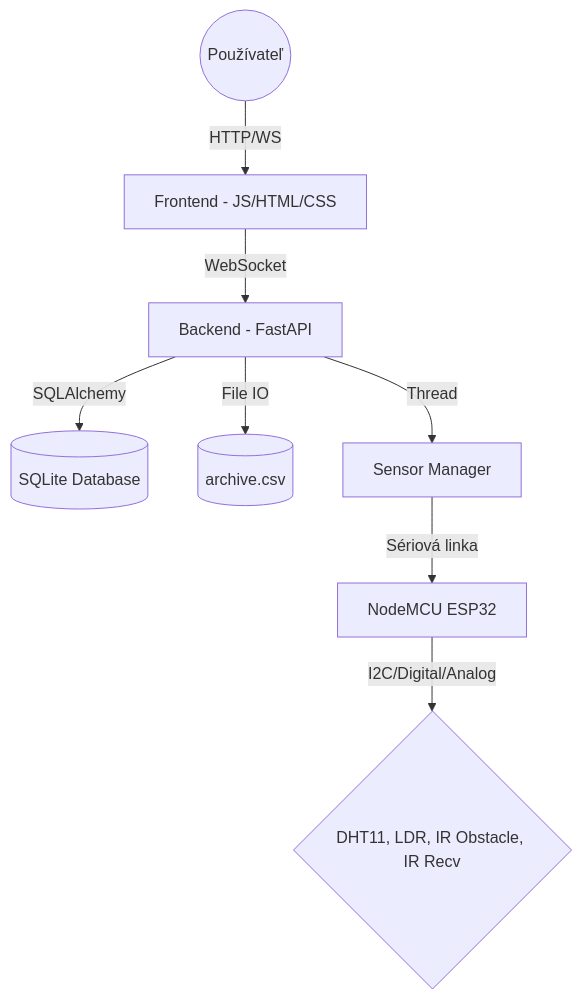
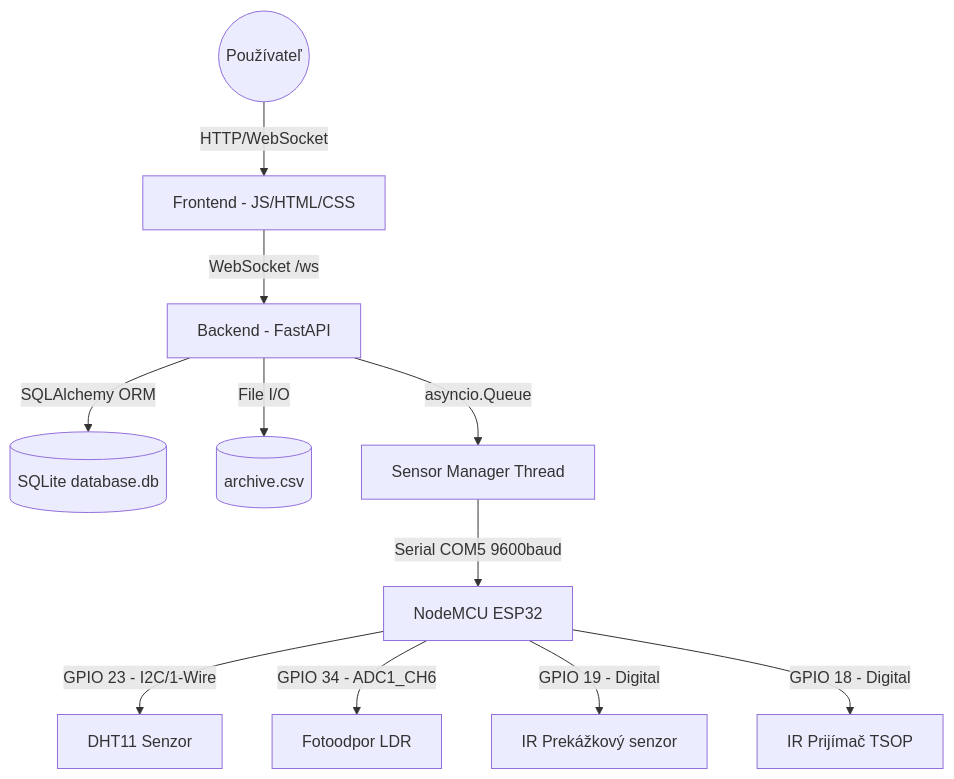
The first of 2 diagrams in DOCUMENTATION.md (HavryliukM/POIT), drawn with Mermaid before and after one commit. The commit also changed other lines of this file and 2 other files, not shown here.

````diff
--- a/DOCUMENTATION.md
+++ b/DOCUMENTATION.md
@@ -26,10 +45,13 @@
 ```mermaid
 graph TD
-    User((Používateľ)) -->|HTTP/WS| WebUI[Frontend - JS/HTML/CSS]
-    WebUI -->|WebSocket| FastAPIServer[Backend - FastAPI]
-    FastAPIServer -->|SQLAlchemy| DB[(SQLite Database)]
-    FastAPIServer -->|File IO| CSV[(archive.csv)]
-    FastAPIServer -->|Thread| SensorMgr[Sensor Manager]
-    SensorMgr -->|Sériová linka| ESP32[NodeMCU ESP32]
-    ESP32 -->|I2C/Digital/Analog| Senzory{DHT11, LDR, IR Obstacle, IR Recv}
+    User((Používateľ)) -->|HTTP/WebSocket| WebUI[Frontend - JS/HTML/CSS]
+    WebUI -->|WebSocket /ws| FastAPIServer[Backend - FastAPI]
+    FastAPIServer -->|SQLAlchemy ORM| DB[(SQLite database.db)]
+    FastAPIServer -->|File I/O| CSV[(archive.csv)]
+    FastAPIServer -->|asyncio.Queue| SensorMgr[Sensor Manager Thread]
+    SensorMgr -->|Serial COM5 9600baud| ESP32[NodeMCU ESP32]
+    ESP32 -->|GPIO 23 - I2C/1-Wire| DHT11[DHT11 Senzor]
+    ESP32 -->|GPIO 34 - ADC1_CH6| LDR[Fotoodpor LDR]
+    ESP32 -->|GPIO 19 - Digital| IRObst[IR Prekážkový senzor]
+    ESP32 -->|GPIO 18 - Digital| IRRecv[IR Prijímač TSOP]
 ```
````
